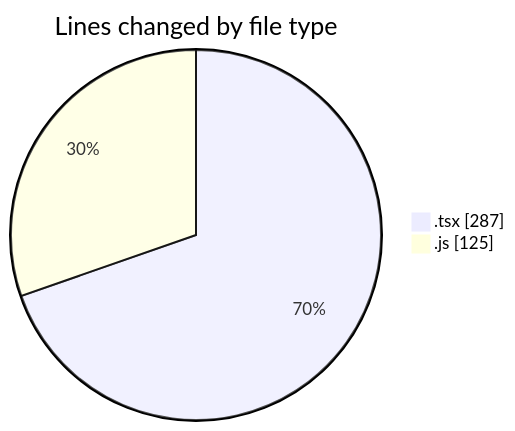
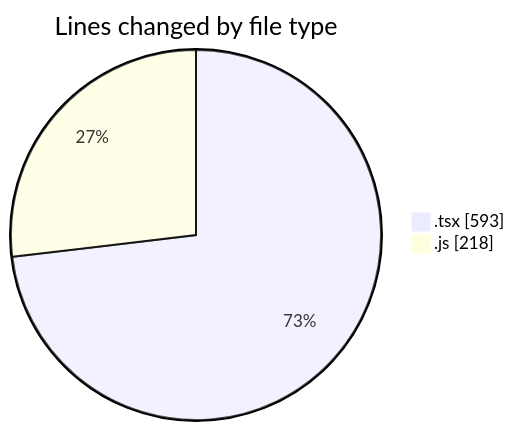
The first of 2 diagrams in 2026-01-22/cda-web-components/README.md (momahboobian/code-tracking), drawn with Mermaid before and after one commit. The commit also changed other lines of this file and 1 other file, not shown here.

````diff
--- a/2026-01-22/cda-web-components/README.md
+++ b/2026-01-22/cda-web-components/README.md
@@ -22,6 +24,6 @@
 ```mermaid
 pie showData
 title Lines changed by file type
-".tsx" : 287
-".js" : 125
+".tsx" : 593
+".js" : 218
 ```
````
